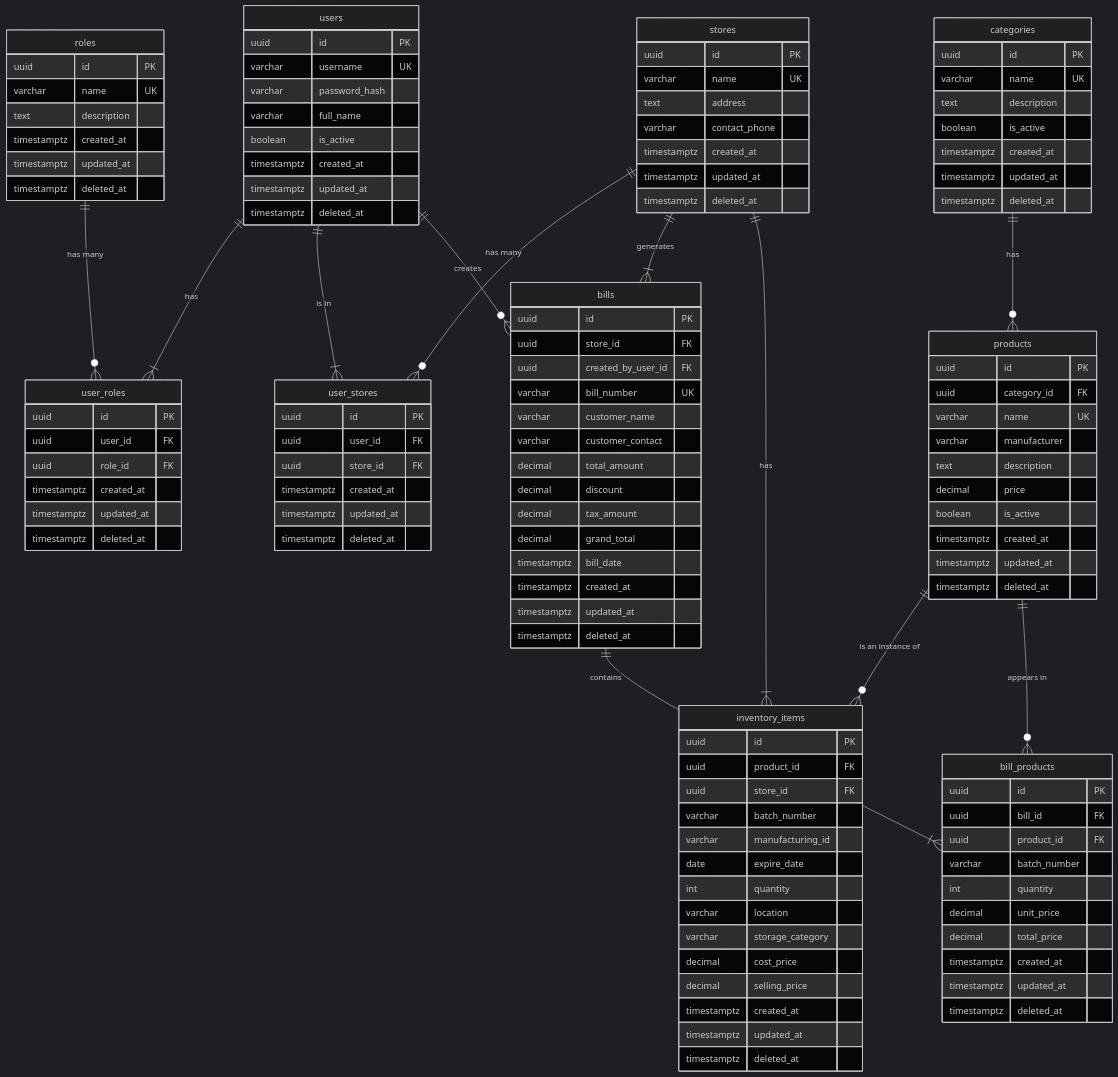
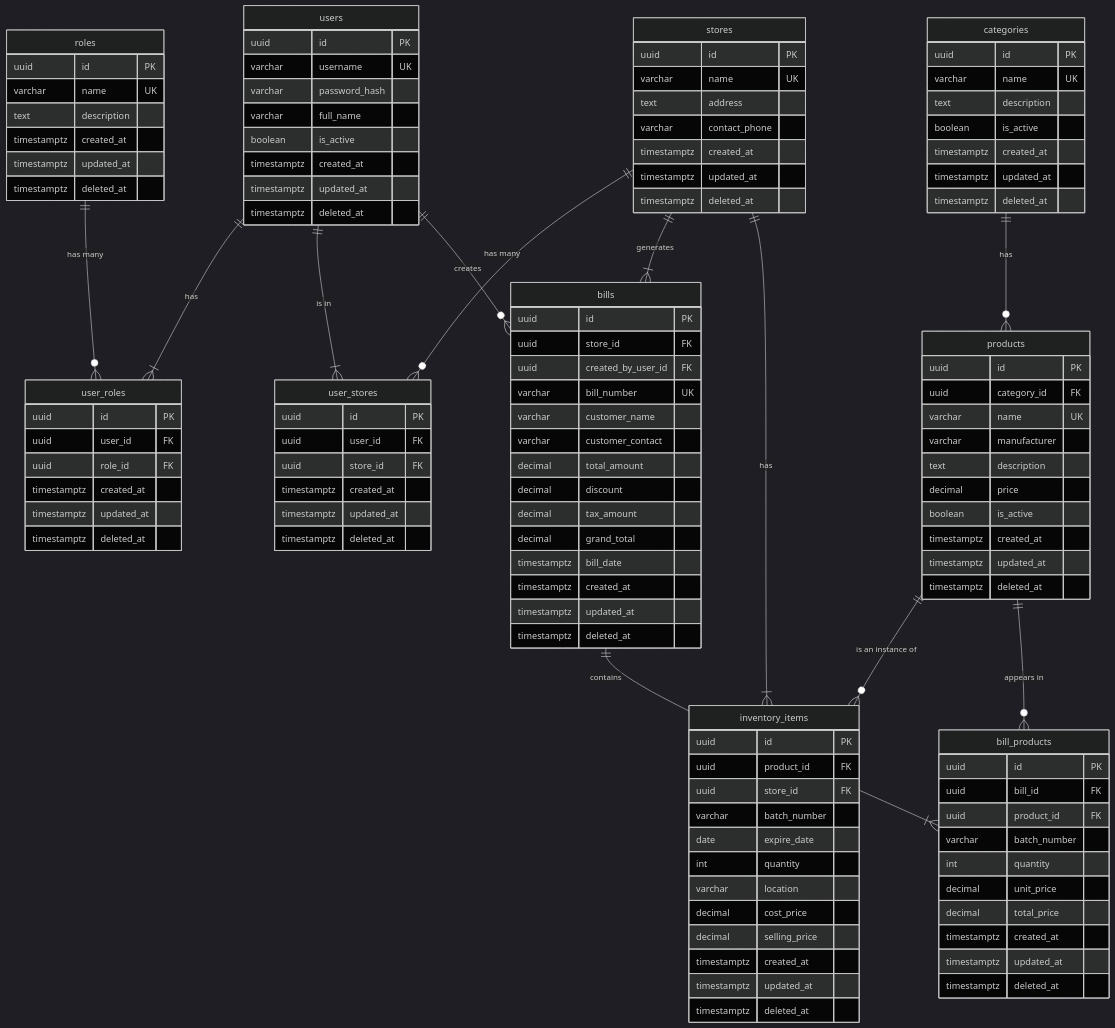
Before and after one commit to rohitagarwal-gkmit/retailpulse-docs: the diagram in docs/technical/schema_design.md, drawn with Mermaid (dark theme).

Commit message:
docs: Remove unused fields from inventory_items table in schema design

```diff
--- a/docs/technical/schema_design.md
+++ b/docs/technical/schema_design.md
@@ -113,11 +113,9 @@
         uuid product_id FK
         uuid store_id FK
         varchar batch_number
-        varchar manufacturing_id
         date expire_date
         int quantity
         varchar location
-        varchar storage_category
         decimal cost_price
         decimal selling_price
         timestamptz created_at
```
